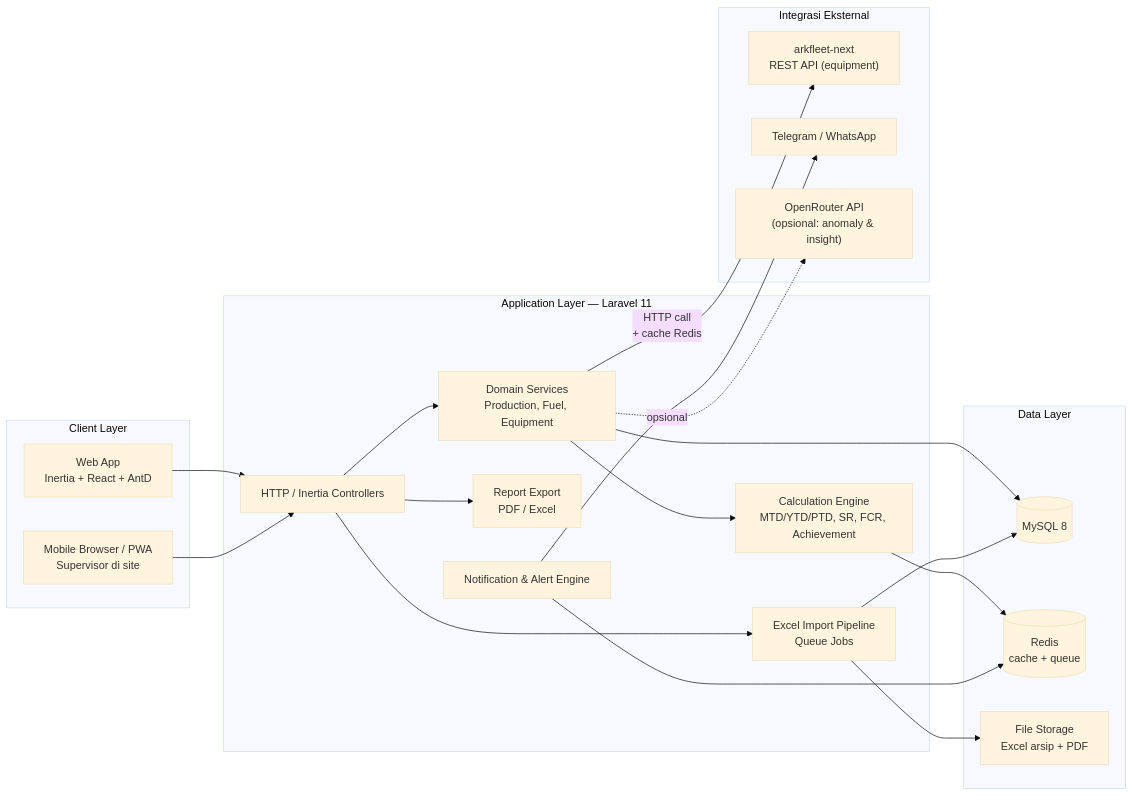
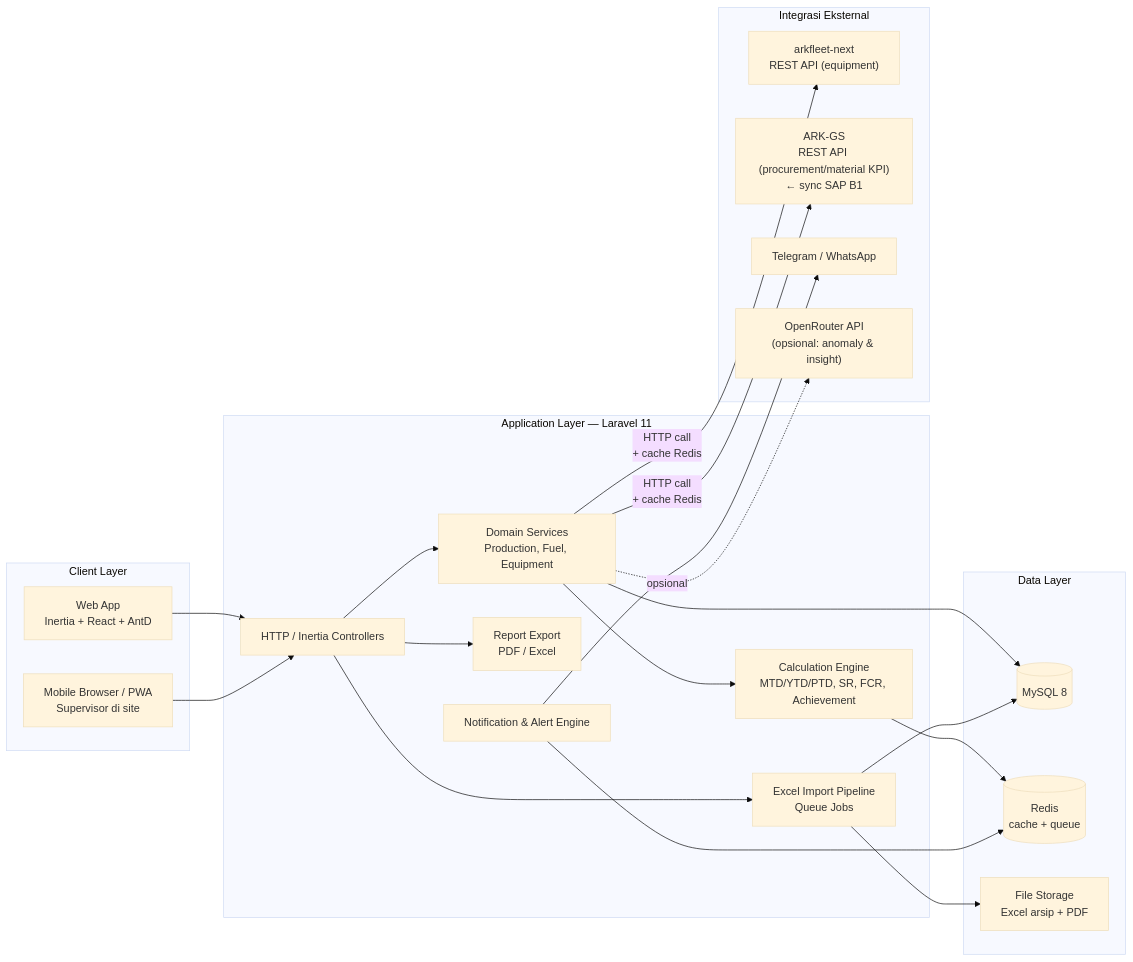
Before and after one commit to rachmanj/daily-production: the second of 13 diagrams in docs/concept.md, drawn with Mermaid (base theme). The commit also changed other lines of this file, not shown here.

First line of the commit message:
docs: integrate ARK-GS procurement KPIs (PO Sent, GRPO, NPI, Budget) from SAP B1

````diff
--- a/docs/concept.md
+++ b/docs/concept.md
@@ -85,39 +85,41 @@
 ```mermaid
 graph LR
     subgraph CLIENT["Client Layer"]
         WEB["Web App<br/>Inertia + React + AntD"]
         MOBILE["Mobile Browser / PWA<br/>Supervisor di site"]
     end
 
     subgraph SERVER["Application Layer — Laravel 11"]
         HTTP["HTTP / Inertia Controllers"]
         SVC["Domain Services<br/>Production, Fuel, Equipment"]
         CALC["Calculation Engine<br/>MTD/YTD/PTD, SR, FCR, Achievement"]
         IMPORT["Excel Import Pipeline<br/>Queue Jobs"]
         EXPORT["Report Export<br/>PDF / Excel"]
         NOTIF["Notification & Alert Engine"]
     end
 
     subgraph DATA["Data Layer"]
         MYSQL[("MySQL 8")]
         REDIS[("Redis<br/>cache + queue")]
         FILES["File Storage<br/>Excel arsip + PDF"]
     end
 
     subgraph EXT["Integrasi Eksternal"]
         ARKFLEET["arkfleet-next<br/>REST API (equipment)"]
+        ARKGS["ARK-GS<br/>REST API (procurement/material KPI)<br/>← sync SAP B1"]
         TG["Telegram / WhatsApp"]
         AI["OpenRouter API<br/>(opsional: anomaly & insight)"]
     end
 
     WEB & MOBILE --> HTTP
     HTTP --> SVC --> CALC
     HTTP --> IMPORT & EXPORT
     SVC --> MYSQL
     SVC -->|"HTTP call<br/>+ cache Redis"| ARKFLEET
+    SVC -->|"HTTP call<br/>+ cache Redis"| ARKGS
     CALC --> REDIS
     IMPORT --> FILES & MYSQL
     NOTIF --> TG
     SVC -.opsional.-> AI
     NOTIF --> REDIS
 ```
````
